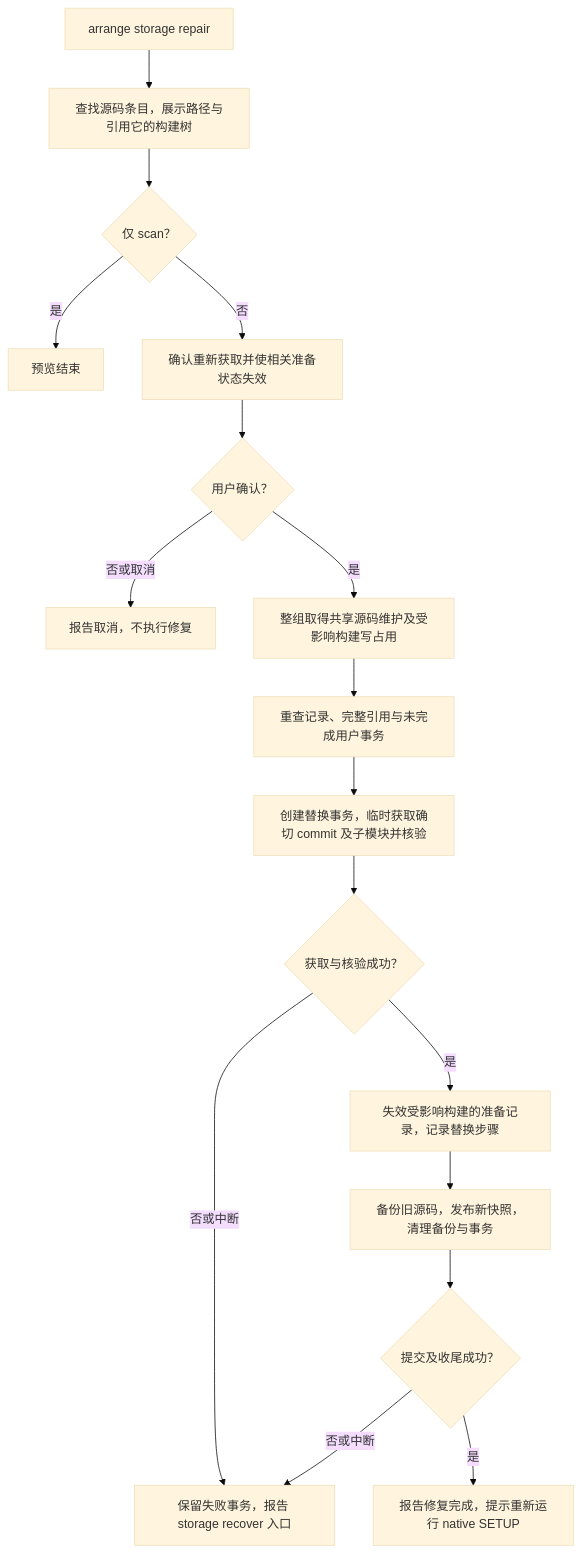
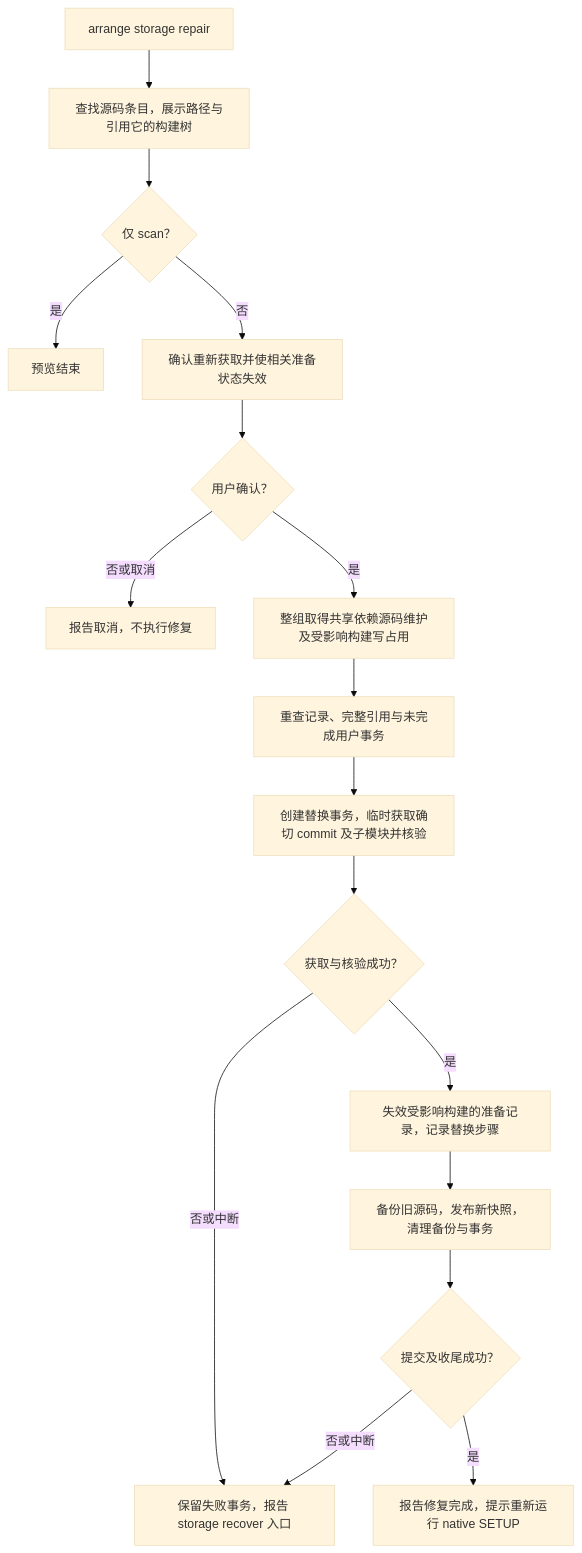
One commit to EarzuChan/Arrange changed diagram 16 of 17 in docs/proj/m2：初步完成，sub2待测试和收尾/2：初步完成，Win测中，待收尾/命令定义.md. Above: the diagram before and after it, drawn with Mermaid (base theme). The commit also changed other lines of this file and 41 other files, not shown here.

````diff
--- a/docs/proj/m2：初步完成，sub2待测试和收尾/2：初步完成，Win测中，待收尾/命令定义.md
+++ b/docs/proj/m2：初步完成，sub2待测试和收尾/2：初步完成，Win测中，待收尾/命令定义.md
@@ -547,19 +547,19 @@
 ```mermaid
 flowchart TD
     A["arrange storage repair"] --> B["查找源码条目，展示路径与引用它的构建树"]
     B --> C{"仅 scan？"}
     C -->|是| VIEW["预览结束"]
     C -->|否| D["确认重新获取并使相关准备状态失效"]
     D --> E{"用户确认？"}
     E -->|否或取消| CANCEL["报告取消，不执行修复"]
-    E -->|是| F["整组取得共享源码维护及受影响构建写占用"]
+    E -->|是| F["整组取得共享依赖源码维护及受影响构建写占用"]
     F --> G["重查记录、完整引用与未完成用户事务"]
     G --> H["创建替换事务，临时获取确切 commit 及子模块并核验"]
     H --> I{"获取与核验成功？"}
     I -->|否或中断| FAILED["保留失败事务，报告 storage recover 入口"]
     I -->|是| J["失效受影响构建的准备记录，记录替换步骤"]
     J --> K["备份旧源码，发布新快照，清理备份与事务"]
     K --> L{"提交及收尾成功？"}
     L -->|否或中断| FAILED
     L -->|是| DONE["报告修复完成，提示重新运行 native SETUP"]
 ```
````
